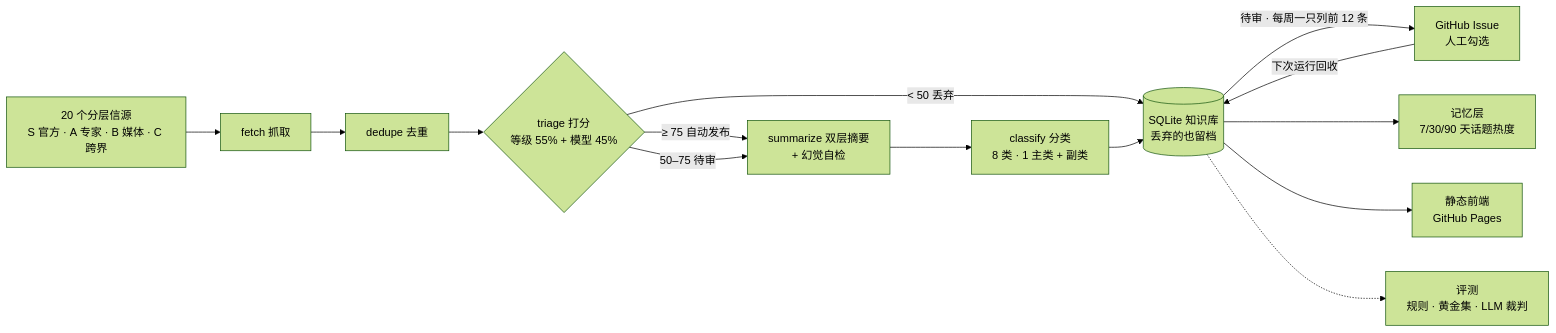
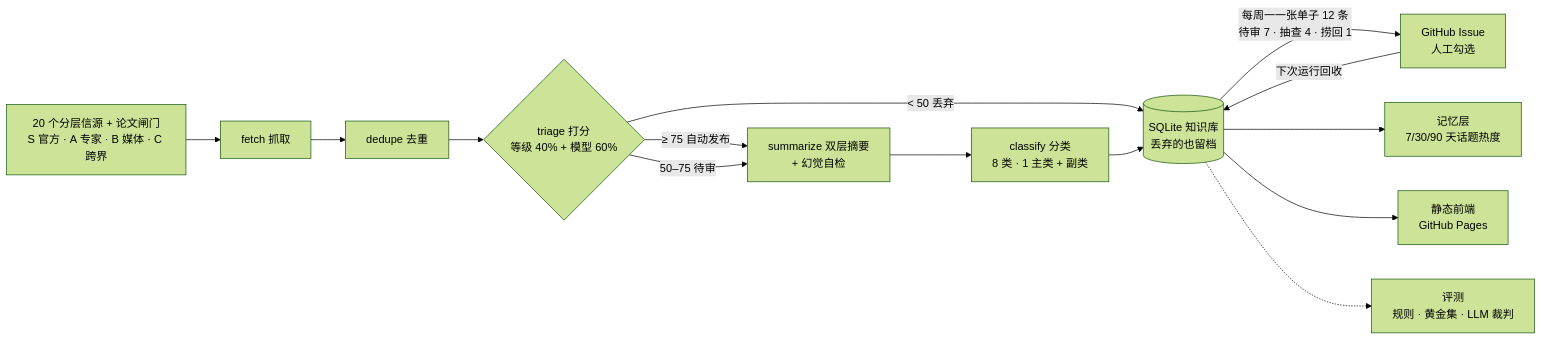
One commit to wenboxia/airadar changed the diagram in README.md. Above: the diagram before and after it, drawn with Mermaid (forest theme). The commit also changed other lines of this file and 24 other files, not shown here.

````diff
--- a/README.md
+++ b/README.md
@@ -7,14 +7,14 @@
 ```mermaid
 flowchart LR
-    SRC["20 个分层信源<br/>S 官方 · A 专家 · B 媒体 · C 跨界"] --> F["fetch 抓取"]
-    F --> D["dedupe 去重"] --> T{"triage 打分<br/>等级 55% + 模型 45%"}
+    SRC["20 个分层信源 + 论文闸门<br/>S 官方 · A 专家 · B 媒体 · C 跨界"] --> F["fetch 抓取"]
+    F --> D["dedupe 去重"] --> T{"triage 打分<br/>等级 40% + 模型 60%"}
     T -->|"≥ 75 自动发布"| S["summarize 双层摘要<br/>+ 幻觉自检"]
     T -->|"50–75 待审"| S
     T -->|"< 50 丢弃"| DB
     S --> C["classify 分类<br/>8 类 · 1 主类 + 副类"] --> DB[("SQLite 知识库<br/>丢弃的也留档")]
-    DB -->|"待审 · 每周一只列前 12 条"| I["GitHub Issue<br/>人工勾选"]
+    DB -->|"每周一一张单子 12 条<br/>待审 7 · 抽查 4 · 捞回 1"| I["GitHub Issue<br/>人工勾选"]
     I -->|"下次运行回收"| DB
     DB --> M["记忆层<br/>7/30/90 天话题热度"]
     DB --> W["静态前端<br/>GitHub Pages"]
     DB -.-> E["评测<br/>规则 · 黄金集 · LLM 裁判"]
 ```
````
